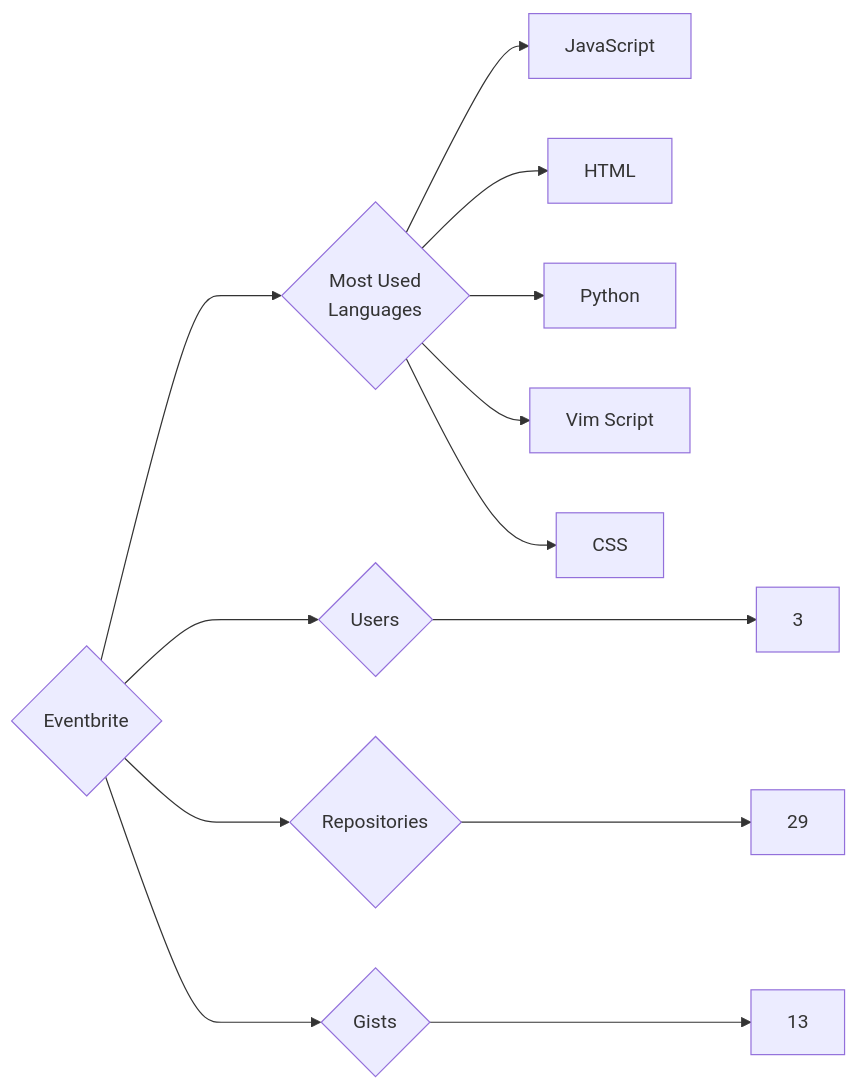
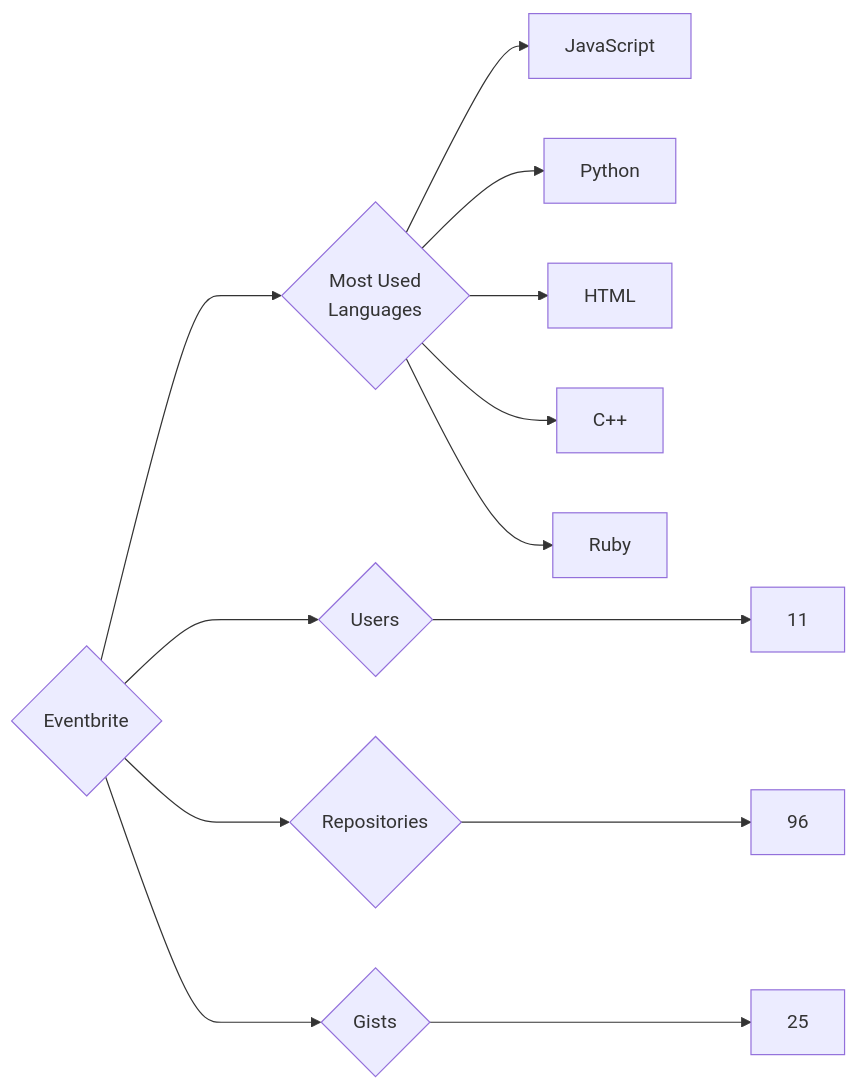
One commit to trickest/insiders changed the diagram in targets/Eventbrite/README.md. Above: the diagram before and after it, drawn with Mermaid. The commit also changed 1314 other files, not shown here.

````diff
--- a/targets/Eventbrite/README.md
+++ b/targets/Eventbrite/README.md
@@ -3,13 +3,13 @@
 ```mermaid
 graph LR
 COMPANY_NAME{Eventbrite}
-COMPANY_NAME ---> U{Users} ---> UN[3]
-COMPANY_NAME ---> R{Repositories} ---> RN[29]
-COMPANY_NAME ---> G{Gists} ---> GN[13]
+COMPANY_NAME ---> U{Users} ---> UN[11]
+COMPANY_NAME ---> R{Repositories} ---> RN[96]
+COMPANY_NAME ---> G{Gists} ---> GN[25]
 COMPANY_NAME ---> ML{Most Used<br>Languages}
 ML --> JavaScript[JavaScript]
+ML --> Python[Python]
 ML --> HTML[HTML]
-ML --> Python[Python]
-ML --> Vim_Script[Vim Script]
-ML --> CSS[CSS]
+ML --> C++[C++]
+ML --> Ruby[Ruby]
 ```
````
